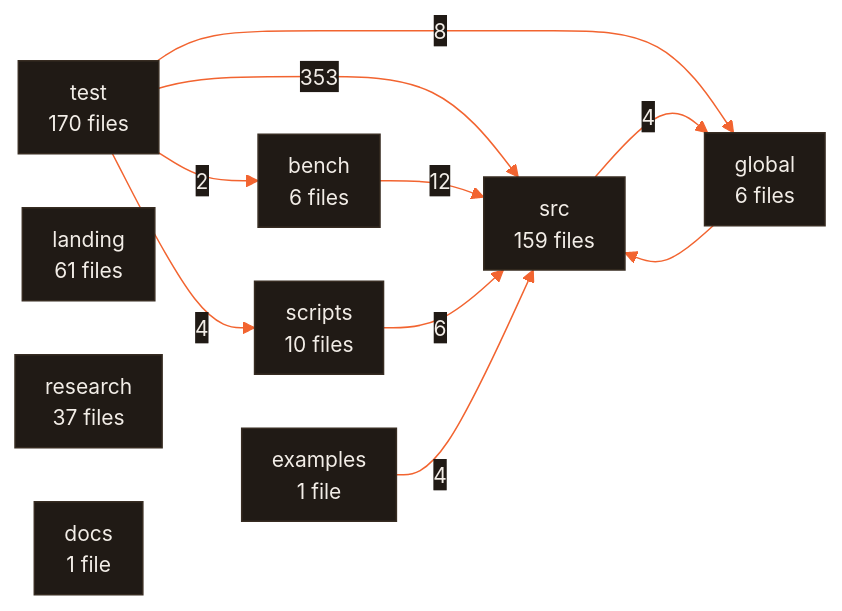
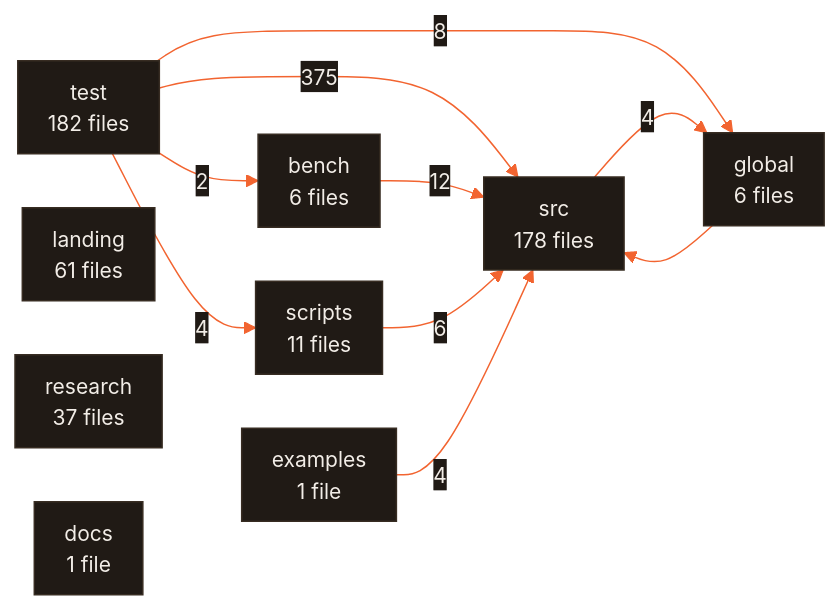
One commit to CodeWithJuber/forgekit changed the diagram in ARCHITECTURE.md. Above: the diagram before and after it, drawn with Mermaid. The commit also changed other lines of this file and 81 other files, not shown here.

````diff
--- a/ARCHITECTURE.md
+++ b/ARCHITECTURE.md
@@ -671,22 +671,22 @@
 ```mermaid
 %%{init: {'theme':'base','themeVariables':{'primaryColor':'#201a15','primaryTextColor':'#f2ede7','primaryBorderColor':'#372c22','lineColor':'#f26430','secondaryColor':'#272019','tertiaryColor':'#171310','edgeLabelBackground':'#201a15','clusterBkg':'#171310','clusterBorder':'#4a3b2e','fontFamily':'ui-sans-serif, system-ui, sans-serif','fontSize':'14px'},'flowchart':{'curve':'basis','padding':10,'nodeSpacing':36,'rankSpacing':44}}}%%
 flowchart LR
-  test["test<br/>170 files"]
-  src["src<br/>159 files"]
+  test["test<br/>182 files"]
+  src["src<br/>178 files"]
   landing["landing<br/>61 files"]
   research["research<br/>37 files"]
-  scripts["scripts<br/>10 files"]
+  scripts["scripts<br/>11 files"]
   bench["bench<br/>6 files"]
   global["global<br/>6 files"]
   docs["docs<br/>1 file"]
   examples["examples<br/>1 file"]
-  test -- 353 --> src
+  test -- 375 --> src
   bench -- 12 --> src
   test -- 8 --> global
   scripts -- 6 --> src
   examples -- 4 --> src
   src -- 4 --> global
   test -- 4 --> scripts
   test -- 2 --> bench
   global --> src
 ```
````
